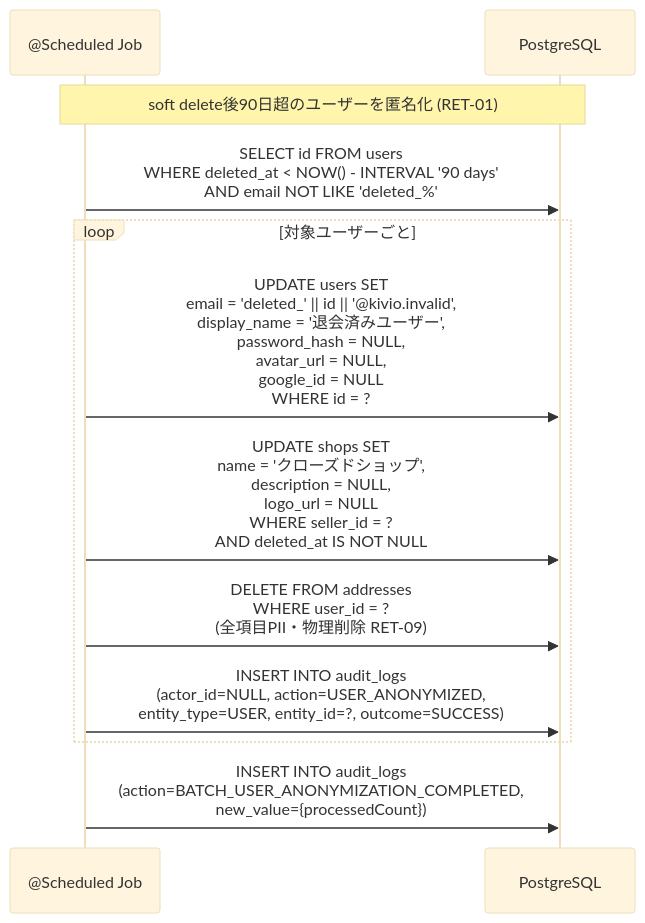
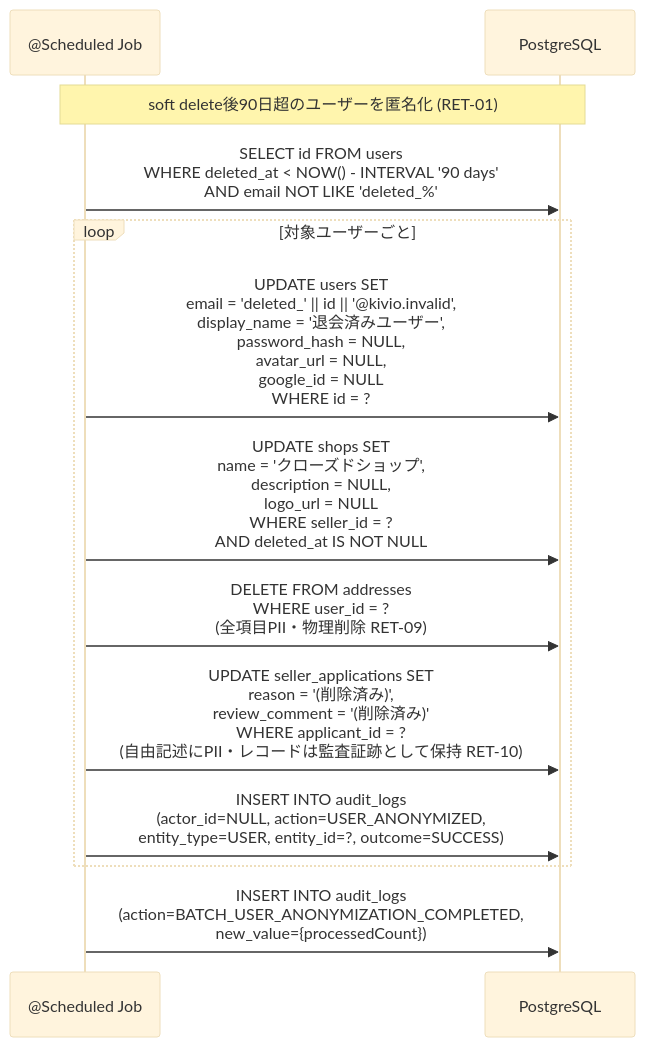
One commit to daobn99/kivio-project changed diagram 16 of 20 in docs/design/SEQUENCE_FLOW.md. Above: the diagram before and after it, drawn with Mermaid (base theme). The commit also changed other lines of this file and 7 other files, not shown here.

````diff
--- a/docs/design/SEQUENCE_FLOW.md
+++ b/docs/design/SEQUENCE_FLOW.md
@@ -711,15 +716,16 @@
 ```mermaid
 sequenceDiagram
     participant J as @Scheduled Job
     participant DB as PostgreSQL
 
     Note over J,DB: soft delete後90日超のユーザーを匿名化 (RET-01)
     J->>DB: SELECT id FROM users<br/>WHERE deleted_at < NOW() - INTERVAL '90 days'<br/>  AND email NOT LIKE 'deleted_%'
     loop 対象ユーザーごと
         J->>DB: UPDATE users SET<br/>  email = 'deleted_' || id || '@kivio.invalid',<br/>  display_name = '退会済みユーザー',<br/>  password_hash = NULL,<br/>  avatar_url = NULL,<br/>  google_id = NULL<br/>WHERE id = ?
         J->>DB: UPDATE shops SET<br/>  name = 'クローズドショップ',<br/>  description = NULL,<br/>  logo_url = NULL<br/>WHERE seller_id = ?<br/>  AND deleted_at IS NOT NULL
         J->>DB: DELETE FROM addresses<br/>WHERE user_id = ?<br/>(全項目PII・物理削除 RET-09)
+        J->>DB: UPDATE seller_applications SET<br/>  reason = '(削除済み)',<br/>  review_comment = '(削除済み)'<br/>WHERE applicant_id = ?<br/>(自由記述にPII・レコードは監査証跡として保持 RET-10)
         J->>DB: INSERT INTO audit_logs<br/>(actor_id=NULL, action=USER_ANONYMIZED,<br/>entity_type=USER, entity_id=?, outcome=SUCCESS)
     end
     J->>DB: INSERT INTO audit_logs<br/>(action=BATCH_USER_ANONYMIZATION_COMPLETED,<br/>new_value={processedCount})
 ```
````
